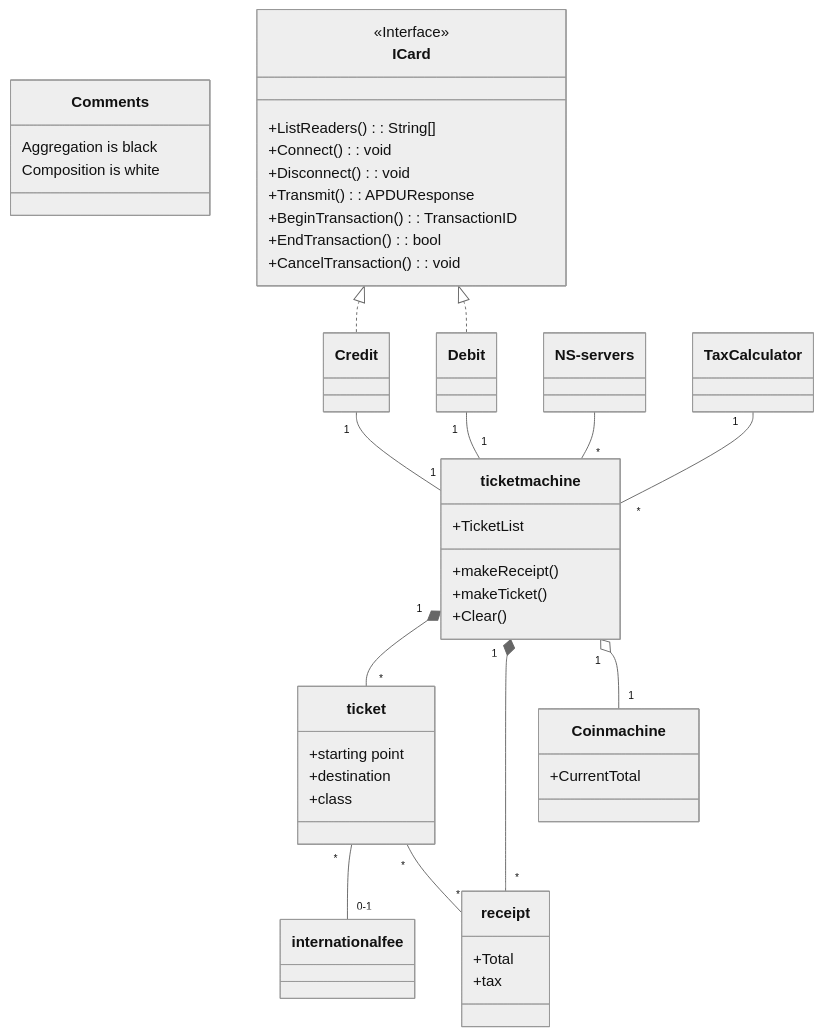
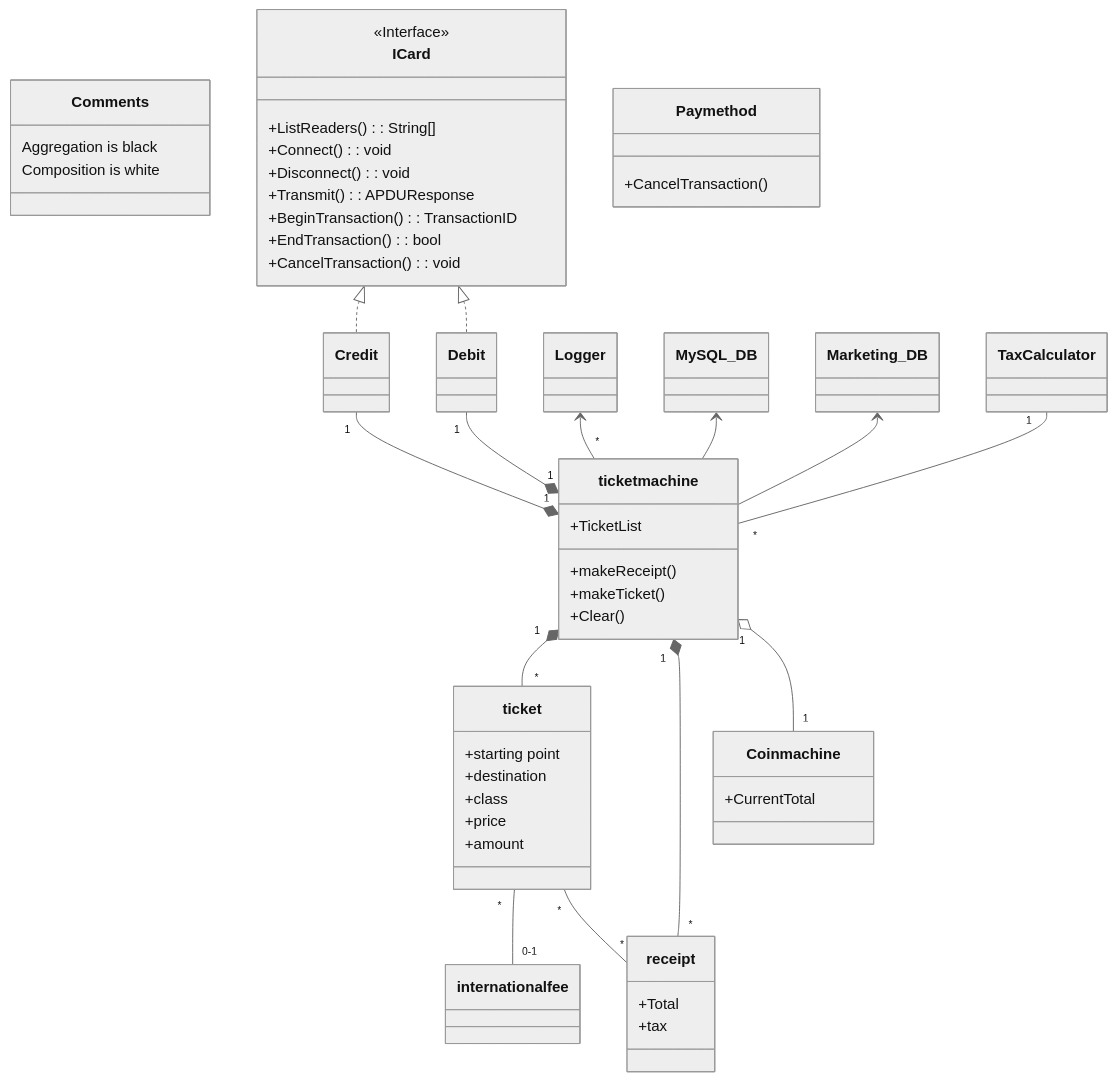
One commit to ThannerJonna/MSO23_G19 changed the diagram in Classes.md. Above: the diagram before and after it, drawn with Mermaid (neutral theme).

Commit message:
progress over software

````diff
--- a/Classes.md
+++ b/Classes.md
@@ -1,57 +1,65 @@
 ```mermaid
 classDiagram
 
 class Comments{
     Aggregation is black
     Composition is white
 }
 
 ticket "*" -- "0-1" international fee
 ticketmachine "1" *-- "*" ticket
-Debit  "1" -- "1" ticketmachine 
-Credit "1" -- "1"  ticketmachine 
-NS-servers -- "*" ticketmachine 
+Debit  "1" --* "1" ticketmachine 
+Credit "1" --* "1"  ticketmachine 
+Logger <-- "*" ticketmachine
+MySQL_DB <-- ticketmachine
+Marketing_DB <-- ticketmachine
 ticketmachine "1" *-- "*" receipt
 ticket "*" -- "*" receipt
 ticketmachine "1" o-- "1" Coin machine
 TaxCalculator "1" -- "*" ticketmachine 
 
 ICard <|.. Credit
 ICard <|.. Debit
 
 class ticketmachine{
     +makeReceipt()
     +makeTicket()
     +TicketList
     +Clear()
 }
 
 class ticket{
     +starting point
     +destination
     +class
+    +price
+    +amount
+}
+
+class Paymethod{
+    +CancelTransaction()
 }
 
 class Coinmachine{
     +CurrentTotal
 }
 
 class receipt{
     +Total
     +tax
 }
 
 
 class ICard {
     <<Interface>>
  +ListReaders() : String[]
  +Connect(): void
  +Disconnect(): void
  +Transmit() : APDUResponse
  +BeginTransaction(): TransactionID
  +EndTransaction(): bool
  +CancelTransaction() : void
 }
 
 class Credit
 ```
````
